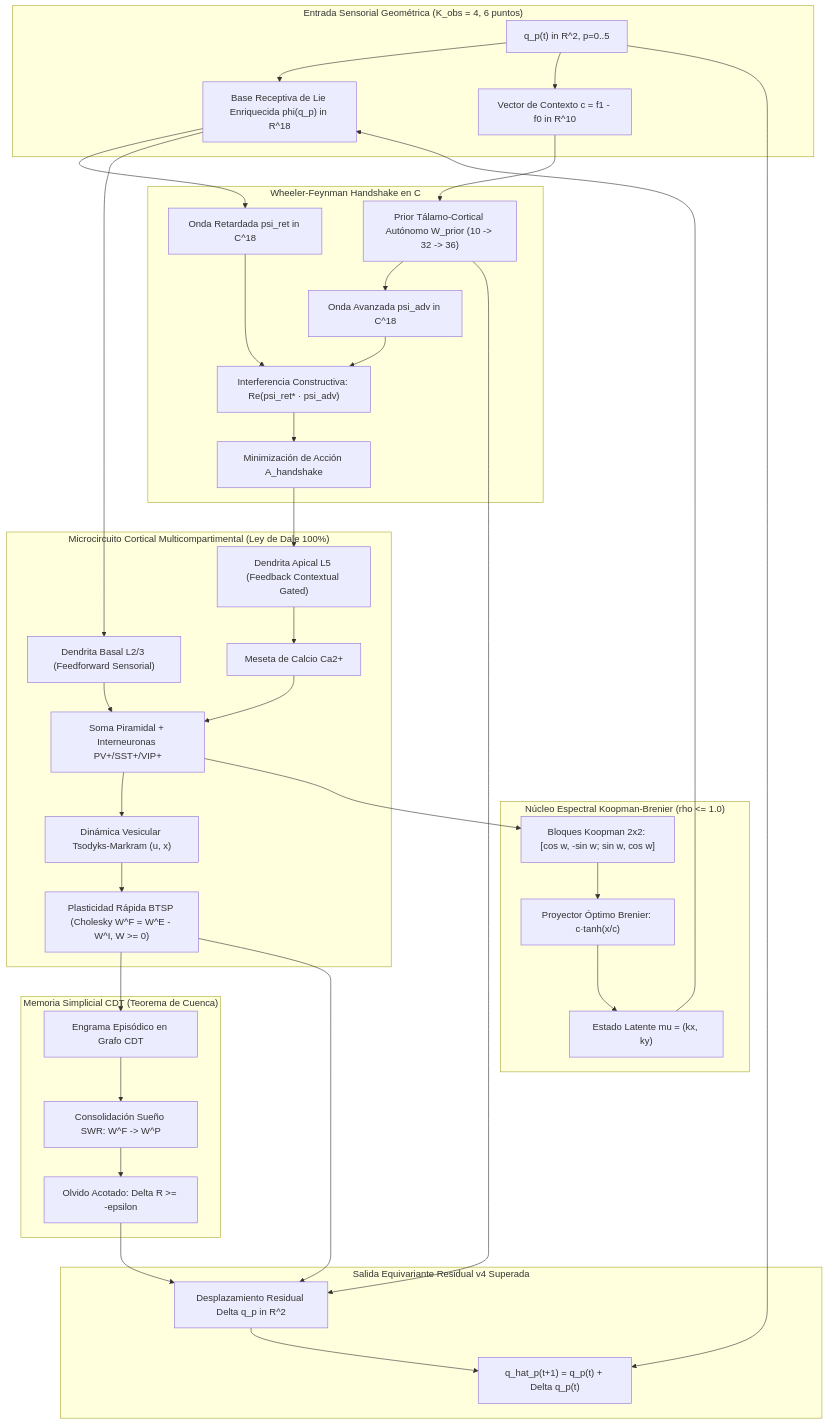
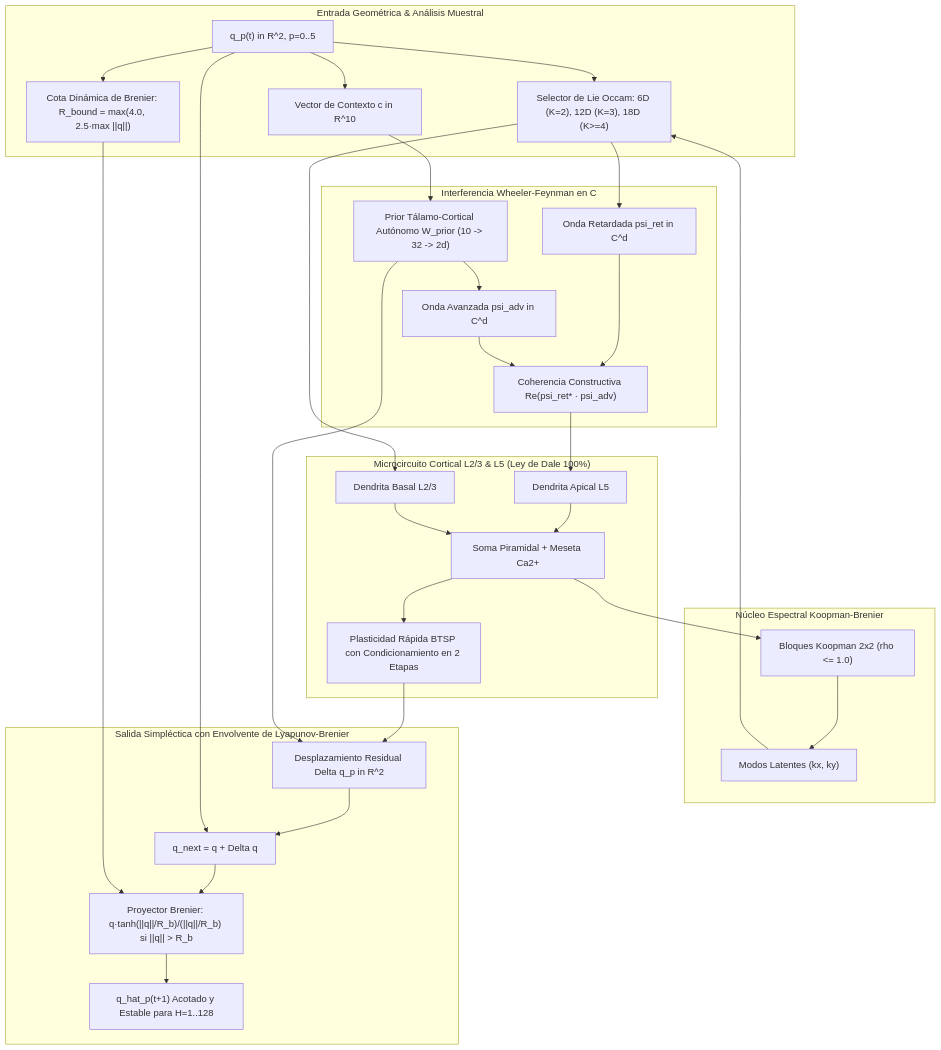
Before and after one commit to GerardoRosas-27/neuro-geometrica_multi-agente: the diagram in bio_quantum_engine/README.md, drawn with Mermaid. The commit also changed other lines of this file and 5 other files, not shown here.

````diff
--- a/bio_quantum_engine/README.md
+++ b/bio_quantum_engine/README.md
@@ -32,42 +135,35 @@
 ```mermaid
 flowchart TD
-    subgraph SENSORY["Entrada Sensorial Geométrica (K_obs = 4, 6 puntos)"]
-        Q["q_p(t) in R^2, p=0..5"] --> BE["Base Receptiva de Lie Enriquecida phi(q_p) in R^18"]
-        Q --> CTX["Vector de Contexto c = f1 - f0 in R^10"]
+    subgraph INPUT["Entrada Geométrica & Análisis Muestral"]
+        Q["q_p(t) in R^2, p=0..5"] --> OCCAM["Selector de Lie Occam: 6D (K=2), 12D (K=3), 18D (K>=4)"]
+        Q --> CTX["Vector de Contexto c in R^10"]
+        Q --> RBOUND["Cota Dinámica de Brenier: R_bound = max(4.0, 2.5·max ||q||)"]
     end
 
-    subgraph QUANTUM["Wheeler-Feynman Handshake en C"]
-        BE --> PSI_RET["Onda Retardada psi_ret in C^18"]
-        CTX --> PRIOR["Prior Tálamo-Cortical Autónomo W_prior (10 -> 32 -> 36)"]
-        PRIOR --> PSI_ADV["Onda Avanzada psi_adv in C^18"]
-        PSI_RET & PSI_ADV --> COH["Interferencia Constructiva: Re(psi_ret* · psi_adv)"]
-        COH --> ACTION["Minimización de Acción A_handshake"]
+    subgraph QUANTUM["Interferencia Wheeler-Feynman en C"]
+        OCCAM --> PSI_RET["Onda Retardada psi_ret in C^d"]
+        CTX --> PRIOR["Prior Tálamo-Cortical Autónomo W_prior (10 -> 32 -> 2d)"]
+        PRIOR --> PSI_ADV["Onda Avanzada psi_adv in C^d"]
+        PSI_RET & PSI_ADV --> COH["Coherencia Constructiva Re(psi_ret* · psi_adv)"]
     end
 
-    subgraph DALE_CORTEX["Microcircuito Cortical Multicompartimental (Ley de Dale 100%)"]
-        BE --> BASAL["Dendrita Basal L2/3 (Feedforward Sensorial)"]
-        ACTION --> APICAL["Dendrita Apical L5 (Feedback Contextual Gated)"]
-        APICAL --> CA_PLATEAU["Meseta de Calcio Ca2+"]
-        BASAL & CA_PLATEAU --> SOMA["Soma Piramidal + Interneuronas PV+/SST+/VIP+"]
-        SOMA --> STP["Dinámica Vesicular Tsodyks-Markram (u, x)"]
-        STP --> BTSP["Plasticidad Rápida BTSP (Cholesky W^F = W^E - W^I, W >= 0)"]
+    subgraph CORTEX["Microcircuito Cortical L2/3 & L5 (Ley de Dale 100%)"]
+        COH --> APICAL["Dendrita Apical L5"]
+        OCCAM --> BASAL["Dendrita Basal L2/3"]
+        APICAL & BASAL --> SOMA["Soma Piramidal + Meseta Ca2+"]
+        SOMA --> BTSP["Plasticidad Rápida BTSP con Condicionamiento en 2 Etapas"]
     end
 
-    subgraph SPECTRAL_KOOPMAN["Núcleo Espectral Koopman-Brenier (rho <= 1.0)"]
-        SOMA --> KP_EVOLVE["Bloques Koopman 2x2: [cos w, -sin w; sin w, cos w]"]
-        KP_EVOLVE --> BRENIER["Proyector Óptimo Brenier: c·tanh(x/c)"]
-        BRENIER --> KP_STATE["Estado Latente mu = (kx, ky)"]
-        KP_STATE --> BE
+    subgraph KOOPMAN["Núcleo Espectral Koopman-Brenier"]
+        SOMA --> KP_STEP["Bloques Koopman 2x2 (rho <= 1.0)"]
+        KP_STEP --> KP_STATE["Modos Latentes (kx, ky)"]
+        KP_STATE --> OCCAM
     end
 
-    subgraph TOPOLOGY_CDT["Memoria Simplicial CDT (Teorema de Cuenca)"]
-        BTSP --> REPLAY["Engrama Episódico en Grafo CDT"]
-        REPLAY --> SWR_SLEEP["Consolidación Sueño SWR: W^F -> W^P"]
-        SWR_SLEEP --> BASIN_BOUND["Olvido Acotado: Delta R >= -epsilon"]
-    end
-
-    subgraph RESIDUAL_OUTPUT["Salida Equivariante Residual v4 Superada"]
-        BTSP & PRIOR & BASIN_BOUND --> DELTA_Q["Desplazamiento Residual Delta q_p in R^2"]
-        DELTA_Q & Q --> NEXT_Q["q_hat_p(t+1) = q_p(t) + Delta q_p(t)"]
+    subgraph OUTPUT["Salida Simpléctica con Envolvente de Lyapunov-Brenier"]
+        BTSP & PRIOR --> DELTA["Desplazamiento Residual Delta q_p in R^2"]
+        DELTA & Q --> UNBOUNDED["q_next = q + Delta q"]
+        UNBOUNDED & RBOUND --> LYAP["Proyector Brenier: q·tanh(||q||/R_b)/(||q||/R_b) si ||q|| > R_b"]
+        LYAP --> SAFE_Q["q_hat_p(t+1) Acotado y Estable para H=1..128"]
     end
 ```
````
